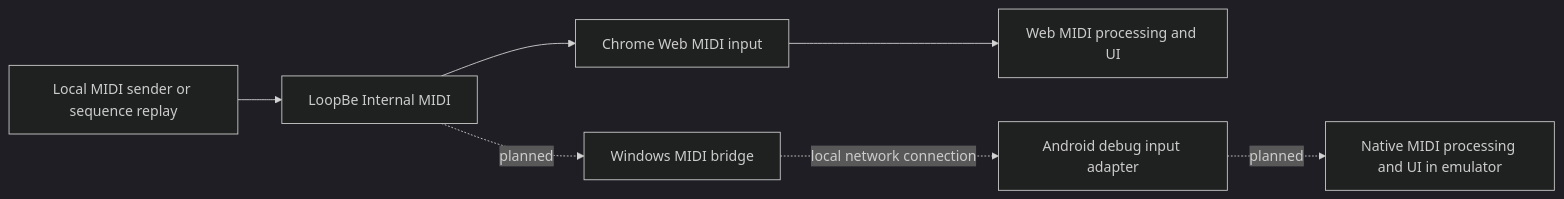
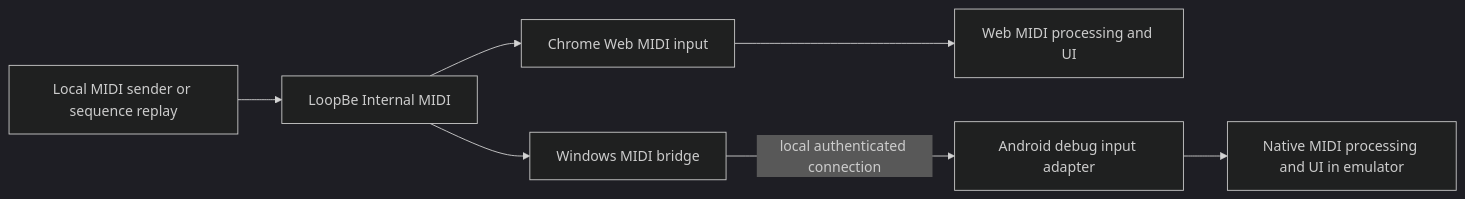
Before and after one commit to asherban/ChordViewer: the diagram in docs/architecture/local-midi-testing.md, drawn with Mermaid (dark theme). The commit also changed other lines of this file and 43 other files, not shown here.

Commit message:
feat: establish M1 Android and local MIDI development

````diff
--- a/docs/architecture/local-midi-testing.md
+++ b/docs/architecture/local-midi-testing.md
@@ -22,9 +24,9 @@
 ```mermaid
 flowchart LR
     sender[Local MIDI sender or sequence replay] --> loop[LoopBe Internal MIDI]
     loop --> web[Chrome Web MIDI input]
     web --> webcore[Web MIDI processing and UI]
-    loop -. planned .-> bridge[Windows MIDI bridge]
-    bridge -. local network connection .-> adapter[Android debug input adapter]
-    adapter -. planned .-> native[Native MIDI processing and UI in emulator]
+    loop --> bridge[Windows MIDI bridge]
+    bridge -->|local authenticated connection| adapter[Android debug input adapter]
+    adapter --> native[Native MIDI processing and UI in emulator]
 ```
````
